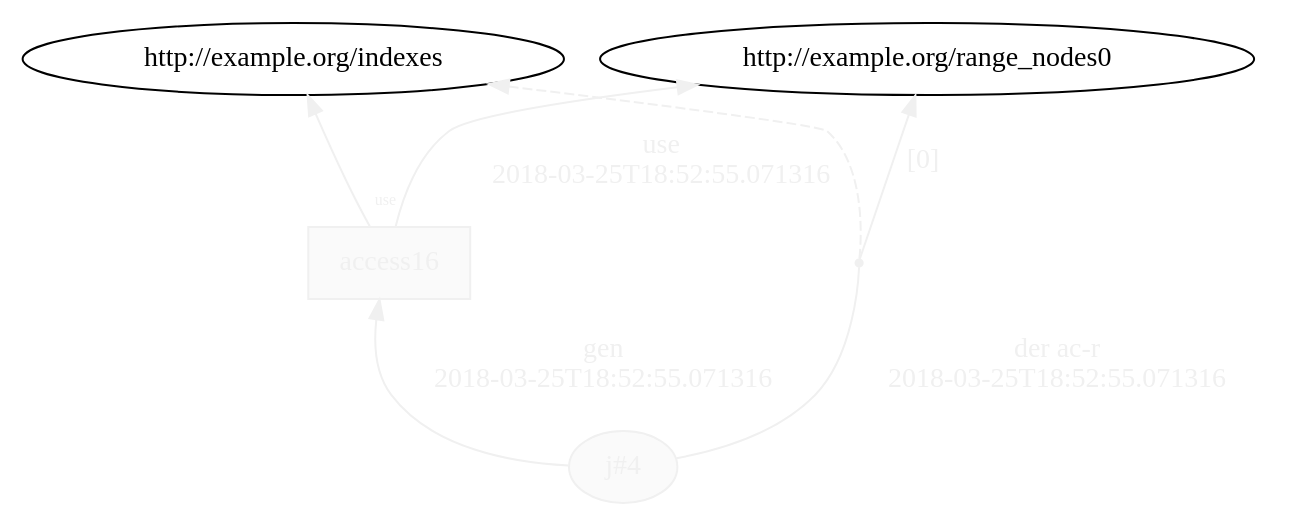
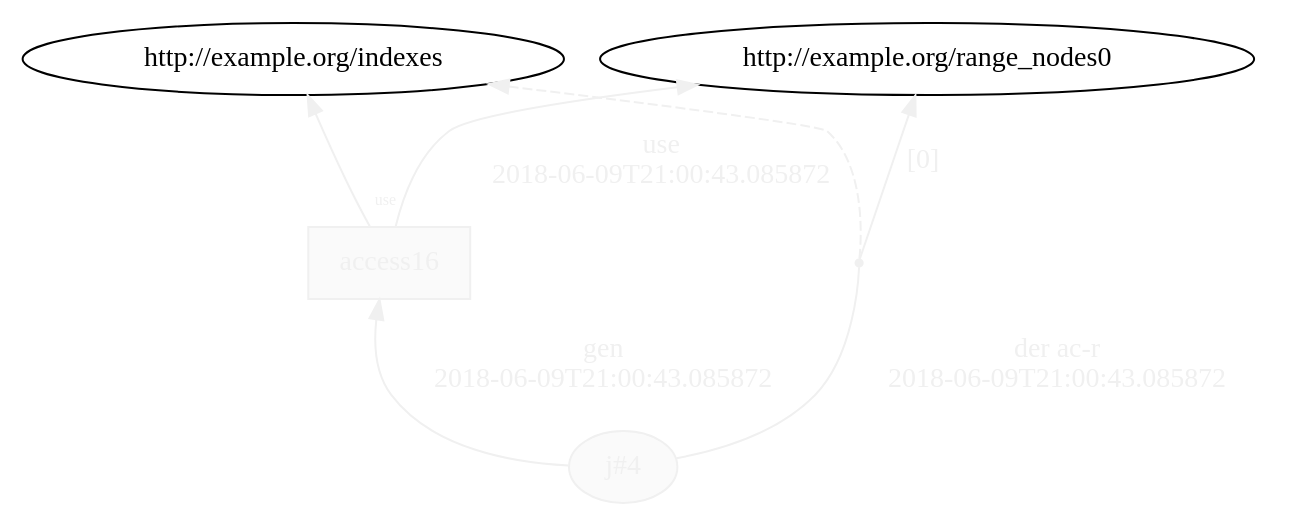
Before and after one commit to dew-uff/versioned-prov: the diagram in generated/intertwined_prov/temp/L13__loop_access_4.dot, drawn with Graphviz. The commit also changed 926 other files, not shown here.

```diff
--- a/generated/intertwined_prov/temp/L13__loop_access_4.dot
+++ b/generated/intertwined_prov/temp/L13__loop_access_4.dot
@@ -1,14 +1,14 @@
 digraph "PROV" { size="16,12"; rankdir="BT";
 "http://example.org/j#4" [fillcolor="#FAFAFA",color="#F0F0F0",style="filled",fontcolor="#F0F0F0",label="j#4",URL="http://example.org/j#4"]
 "http://example.org/access16" [fillcolor="#FAFAFA",color="#F0F0F0",shape="polygon",sides="4",style="filled",fontcolor="#F0F0F0",label="access16",URL="http://example.org/access16"]
 "bn0" [shape="point",label="",fontcolor="#F0F0F0",color="#F0F0F0"]
 "http://example.org/j#4" -> "bn0" [fontsize="14",distance="1.5",angle="60.0",rotation="20",label="der ac-r
-2018-03-25T18:52:55.071316",arrowhead="none",fontcolor="#F0F0F0",color="#F0F0F0"]
+2018-06-09T21:00:43.085872",arrowhead="none",fontcolor="#F0F0F0",color="#F0F0F0"]
 "bn0" -> "http://example.org/indexes" [style="dashed",fontcolor="#F0F0F0",color="#F0F0F0"]
 "bn0" -> "http://example.org/range_nodes0" [fontsize="14",distance="1.5",angle="60.0",rotation="20",label="[0]",fontcolor="#F0F0F0",color="#F0F0F0"]
 "http://example.org/access16" -> "http://example.org/indexes" [labelfontsize="8",labeldistance="1.5",labelangle="60.0",rotation="20",taillabel="use",fontcolor="#F0F0F0",color="#F0F0F0"]
 "http://example.org/access16" -> "http://example.org/range_nodes0" [fontsize="14",distance="1.5",angle="60.0",rotation="20",label="use
-2018-03-25T18:52:55.071316",fontcolor="#F0F0F0",color="#F0F0F0"]
+2018-06-09T21:00:43.085872",fontcolor="#F0F0F0",color="#F0F0F0"]
 "http://example.org/j#4" -> "http://example.org/access16" [fontsize="14",distance="1.5",angle="60.0",rotation="20",label="gen
-2018-03-25T18:52:55.071316",fontcolor="#F0F0F0",color="#F0F0F0"]
+2018-06-09T21:00:43.085872",fontcolor="#F0F0F0",color="#F0F0F0"]
 }
```
